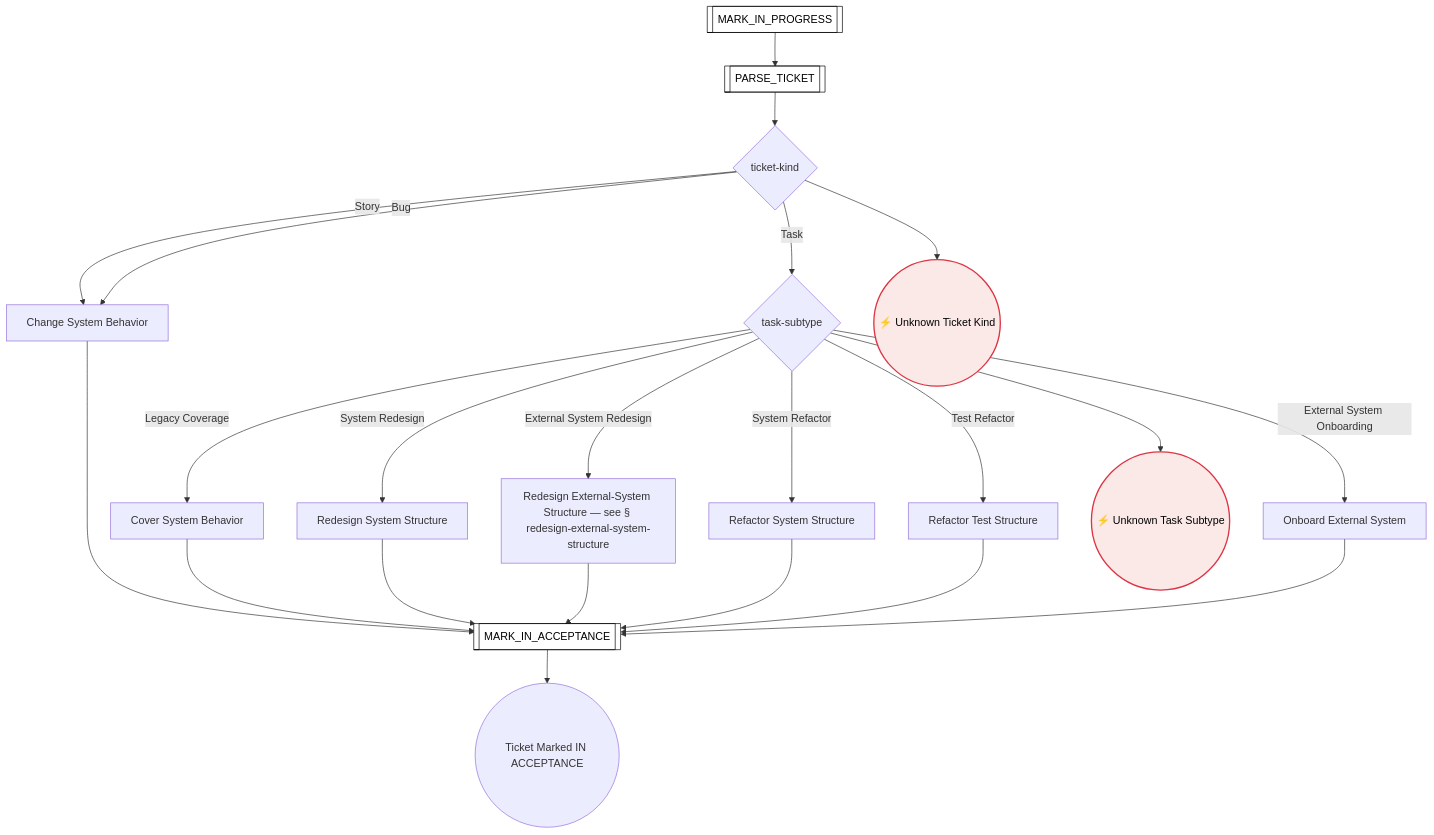
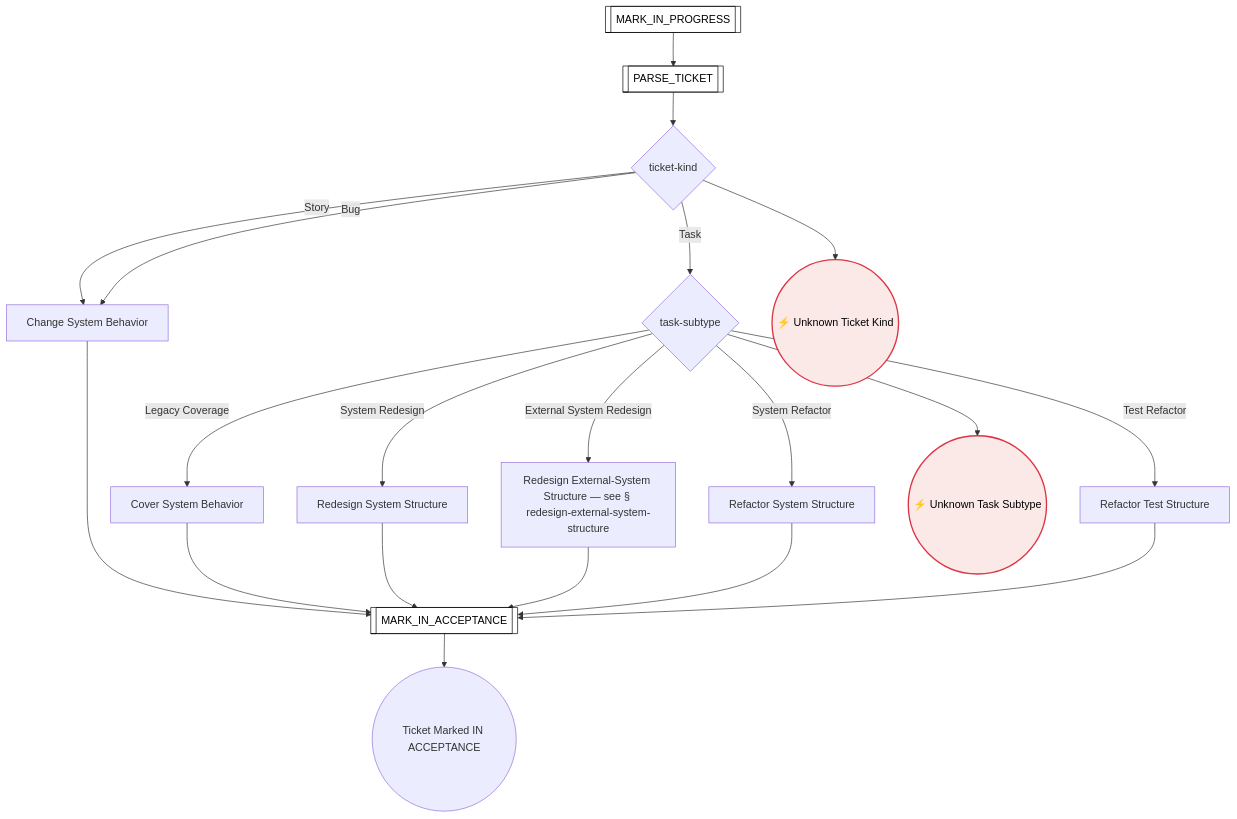
Before and after one commit to optivem/gh-optivem: the fourth of 53 diagrams in docs/process-diagram.md, drawn with Mermaid. The commit also changed other lines of this file and 89 other files, not shown here.

Commit message:
atdd: regenerate process-flow diagram

````diff
--- a/docs/process-diagram.md
+++ b/docs/process-diagram.md
@@ -95,46 +95,43 @@
 ```mermaid
 flowchart TD
     CHANGE_SYSTEM_BEHAVIOR[Change System Behavior]
     COVER_SYSTEM_BEHAVIOR[Cover System Behavior]
     GATE_TASK_SUBTYPE{task-subtype}
     GATE_TICKET_KIND{ticket-kind}
     IMPLEMENT_TICKET_END((Ticket Marked IN ACCEPTANCE))
     MARK_IN_ACCEPTANCE[[MARK_IN_ACCEPTANCE]]
     MARK_IN_PROGRESS[[MARK_IN_PROGRESS]]
-    ONBOARD_EXTERNAL_SYSTEM[Onboard External System]
     PARSE_TICKET[[PARSE_TICKET]]
     REDESIGN_EXTERNAL_SYSTEM_STRUCTURE[Redesign External-System Structure — see § redesign-external-system-structure]
     REDESIGN_SYSTEM_STRUCTURE[Redesign System Structure]
     REFACTOR_SYSTEM_STRUCTURE[Refactor System Structure]
     REFACTOR_TEST_STRUCTURE[Refactor Test Structure]
     UNKNOWN_TASK_SUBTYPE((⚡ Unknown Task Subtype))
     UNKNOWN_TICKET_KIND((⚡ Unknown Ticket Kind))
 
     MARK_IN_PROGRESS --> PARSE_TICKET
     PARSE_TICKET --> GATE_TICKET_KIND
     GATE_TICKET_KIND -- Story --> CHANGE_SYSTEM_BEHAVIOR
     GATE_TICKET_KIND -- Bug --> CHANGE_SYSTEM_BEHAVIOR
     GATE_TICKET_KIND -- Task --> GATE_TASK_SUBTYPE
     GATE_TICKET_KIND --> UNKNOWN_TICKET_KIND
     GATE_TASK_SUBTYPE -- Legacy Coverage --> COVER_SYSTEM_BEHAVIOR
     GATE_TASK_SUBTYPE -- System Redesign --> REDESIGN_SYSTEM_STRUCTURE
     GATE_TASK_SUBTYPE -- External System Redesign --> REDESIGN_EXTERNAL_SYSTEM_STRUCTURE
     GATE_TASK_SUBTYPE -- System Refactor --> REFACTOR_SYSTEM_STRUCTURE
     GATE_TASK_SUBTYPE -- Test Refactor --> REFACTOR_TEST_STRUCTURE
-    GATE_TASK_SUBTYPE -- External System Onboarding --> ONBOARD_EXTERNAL_SYSTEM
     GATE_TASK_SUBTYPE --> UNKNOWN_TASK_SUBTYPE
     CHANGE_SYSTEM_BEHAVIOR --> MARK_IN_ACCEPTANCE
     COVER_SYSTEM_BEHAVIOR --> MARK_IN_ACCEPTANCE
     REDESIGN_SYSTEM_STRUCTURE --> MARK_IN_ACCEPTANCE
     REDESIGN_EXTERNAL_SYSTEM_STRUCTURE --> MARK_IN_ACCEPTANCE
     REFACTOR_SYSTEM_STRUCTURE --> MARK_IN_ACCEPTANCE
     REFACTOR_TEST_STRUCTURE --> MARK_IN_ACCEPTANCE
-    ONBOARD_EXTERNAL_SYSTEM --> MARK_IN_ACCEPTANCE
     MARK_IN_ACCEPTANCE --> IMPLEMENT_TICKET_END
 
     classDef serviceNode fill:#ffffff,stroke:#000000,stroke-width:1px,color:#000000
     class MARK_IN_ACCEPTANCE,MARK_IN_PROGRESS,PARSE_TICKET serviceNode
 
     classDef errorEndNode fill:#fbe9e7,stroke:#dc3545,stroke-width:2px,color:#000000
     class UNKNOWN_TASK_SUBTYPE,UNKNOWN_TICKET_KIND errorEndNode
 ```
````
